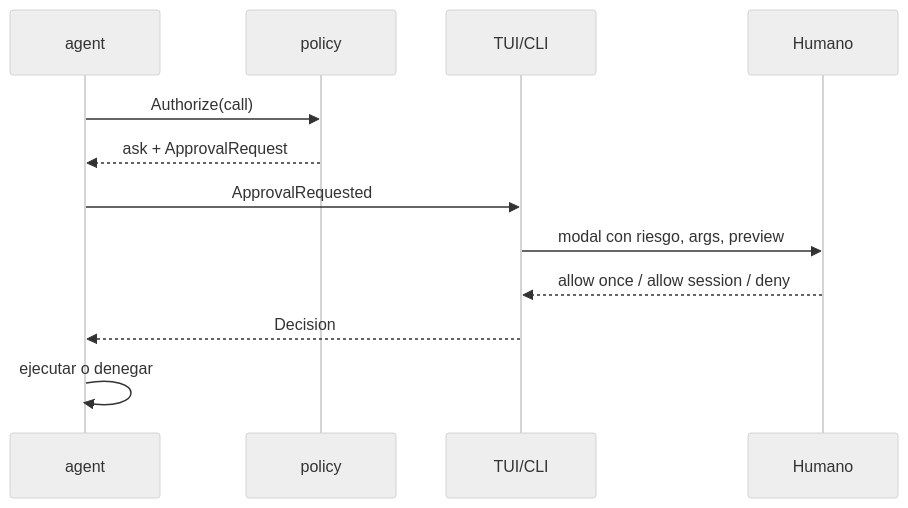
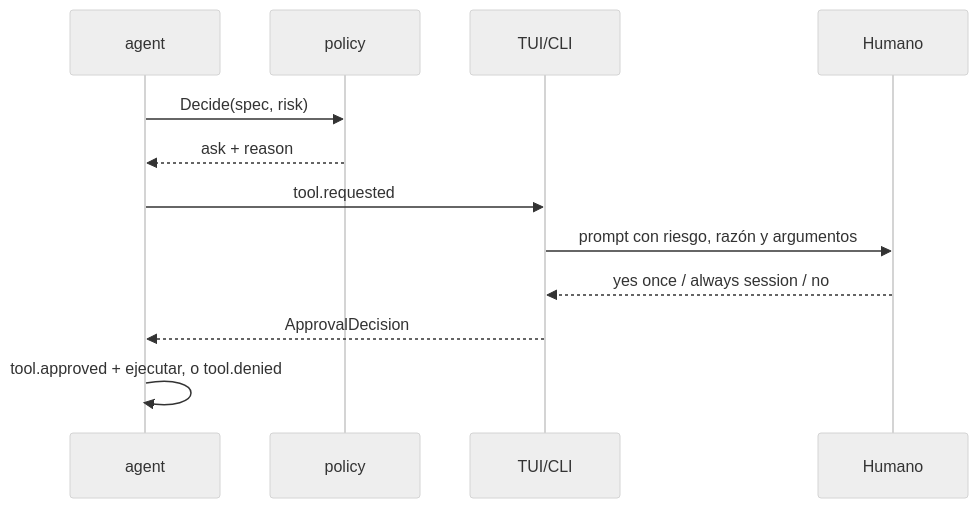
One commit to HugoFernandoColmenares/LiquidHarness changed the diagram in docs/files/05-tool-protocol.md. Above: the diagram before and after it, drawn with Mermaid (neutral theme). The commit also changed other lines of this file and 38 other files, not shown here.

````diff
--- a/docs/files/05-tool-protocol.md
+++ b/docs/files/05-tool-protocol.md
@@ -313,15 +337,15 @@
 ```mermaid
 sequenceDiagram
     participant AG as agent
     participant POL as policy
     participant UI as TUI/CLI
     participant H as Humano
 
-    AG->>POL: Authorize(call)
-    POL-->>AG: ask + ApprovalRequest
-    AG->>UI: ApprovalRequested
-    UI->>H: modal con riesgo, args, preview
-    H-->>UI: allow once / allow session / deny
-    UI-->>AG: Decision
-    AG->>AG: ejecutar o denegar
+    AG->>POL: Decide(spec, risk)
+    POL-->>AG: ask + reason
+    AG->>UI: tool.requested
+    UI->>H: prompt con riesgo, razón y argumentos
+    H-->>UI: yes once / always session / no
+    UI-->>AG: ApprovalDecision
+    AG->>AG: tool.approved + ejecutar, o tool.denied
 ```
````
